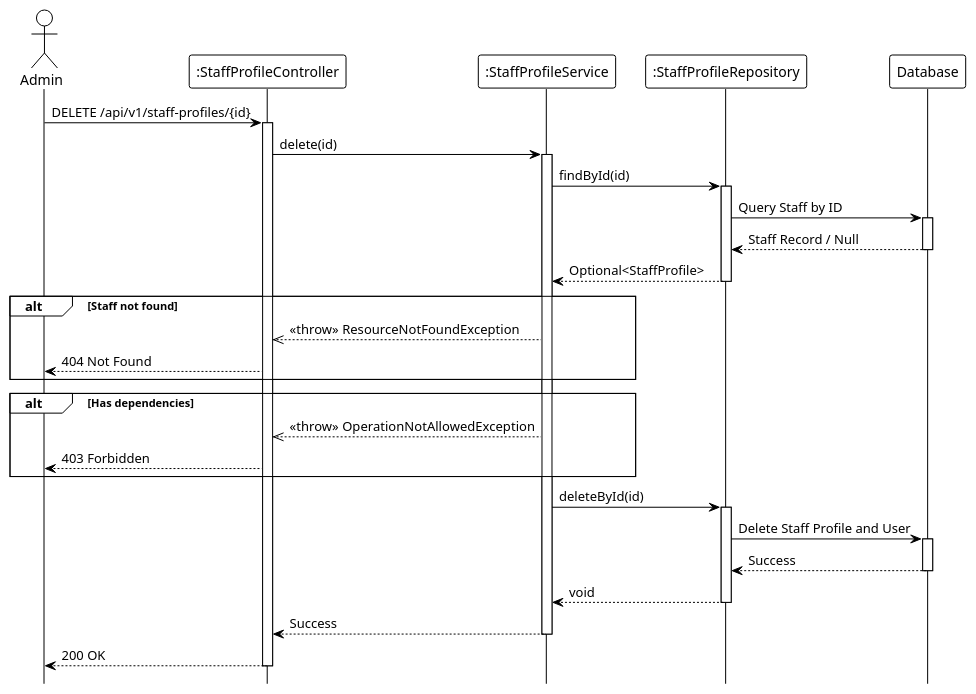
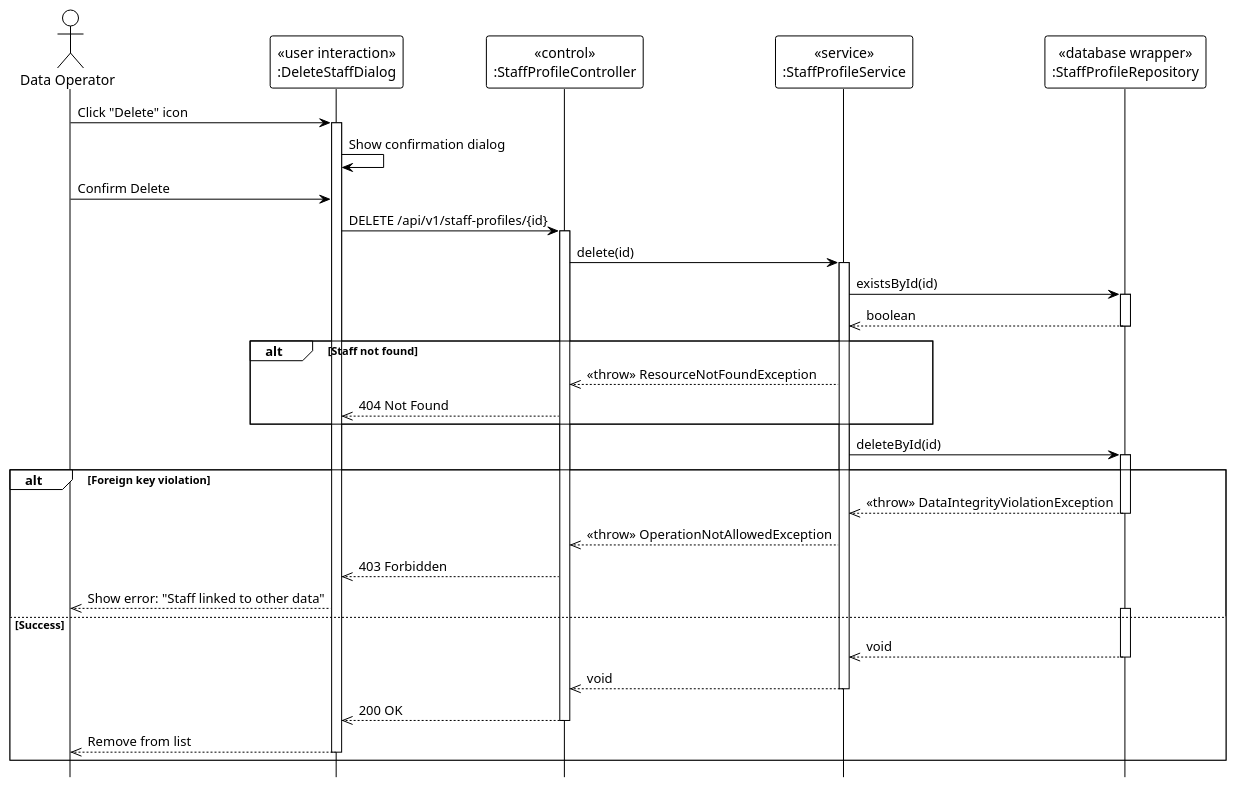
The diagram in system_detailed_design/53_delete_staff/sequence_diagram_delete_staff.puml (Ndh474/context), drawn with PlantUML before and after one commit. The commit also changed 14 other files, not shown here.

Commit message:
docs: Add system detailed design sequence and class diagrams for student and staff management features.

```diff
--- a/system_detailed_design/53_delete_staff/sequence_diagram_delete_staff.puml
+++ b/system_detailed_design/53_delete_staff/sequence_diagram_delete_staff.puml
@@ -1,58 +1,62 @@
 @startuml delete_staff
 !theme plain
 hide footbox
 
-actor Admin
-participant ":StaffProfileController" as Controller
-participant ":StaffProfileService" as Service
-participant ":StaffProfileRepository" as Repository
-participant "Database" as DB
+actor "Data Operator" as Admin
+
+participant "«user interaction»\n:DeleteStaffDialog" as UI
+participant "«control»\n:StaffProfileController" as Controller
+participant "«service»\n:StaffProfileService" as Service
+participant "«database wrapper»\n:StaffProfileRepository" as Repository
 
 ' --- MAIN FLOW ---
-Admin -> Controller: DELETE /api/v1/staff-profiles/{id}
+Admin -> UI: Click "Delete" icon
+activate UI
+
+UI -> UI: Show confirmation dialog
+
+Admin -> UI: Confirm Delete
+
+UI -> Controller: DELETE /api/v1/staff-profiles/{id}
 activate Controller
 
 Controller -> Service: delete(id)
 activate Service
 
-Service -> Repository: findById(id)
+' --- CHECK EXISTENCE ---
+Service -> Repository: existsById(id)
 activate Repository
-
-Repository -> DB: Query Staff by ID
-activate DB
-DB --> Repository: Staff Record / Null
-deactivate DB
-
-Repository --> Service: Optional<StaffProfile>
+Repository -->> Service: boolean
 deactivate Repository
 
 alt Staff not found
     Service -->> Controller: <<throw>> ResourceNotFoundException
-    Controller --> Admin: 404 Not Found
+    Controller -->> UI: 404 Not Found
 end
 
-' Validation logic (internal: check active slots)
-
-alt Has dependencies
-    Service -->> Controller: <<throw>> OperationNotAllowedException
-    Controller --> Admin: 403 Forbidden
-end
-
+' --- DELETE OPERATION ---
 Service -> Repository: deleteById(id)
 activate Repository
 
-Repository -> DB: Delete Staff Profile and User
-activate DB
-DB --> Repository: Success
-deactivate DB
+alt Foreign key violation
+    Repository -->> Service: <<throw>> DataIntegrityViolationException
+    deactivate Repository
+    Service -->> Controller: <<throw>> OperationNotAllowedException
+    Controller -->> UI: 403 Forbidden
+    UI -->> Admin: Show error: "Staff linked to other data"
+else Success
+    activate Repository
+    Repository -->> Service: void
+    deactivate Repository
 
-Repository --> Service: void
-deactivate Repository
+    Service -->> Controller: void
+    deactivate Service
 
-Service --> Controller: Success
-deactivate Service
+    Controller -->> UI: 200 OK
+    deactivate Controller
 
-Controller --> Admin: 200 OK
-deactivate Controller
+    UI -->> Admin: Remove from list
+    deactivate UI
+end
 
 @enduml
```
